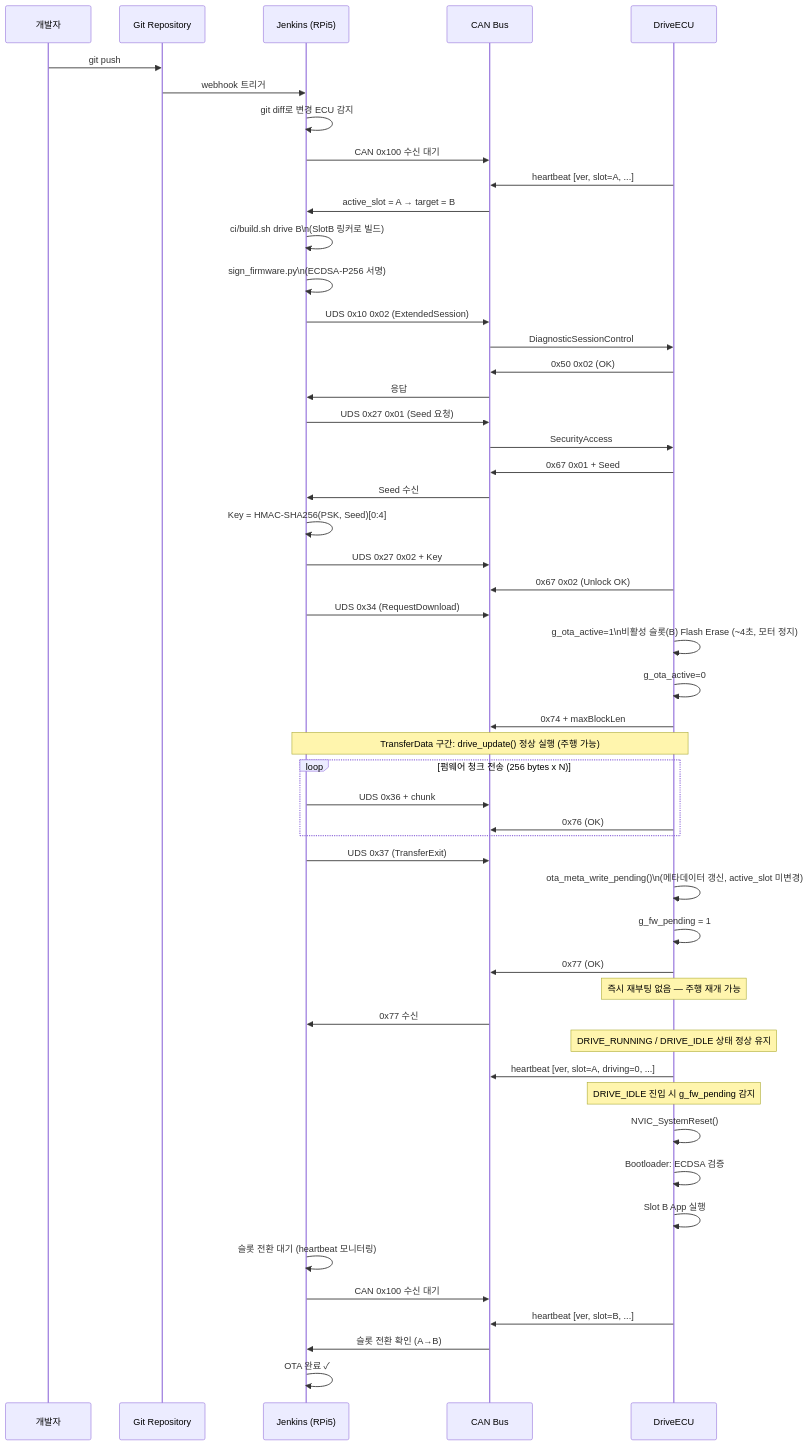
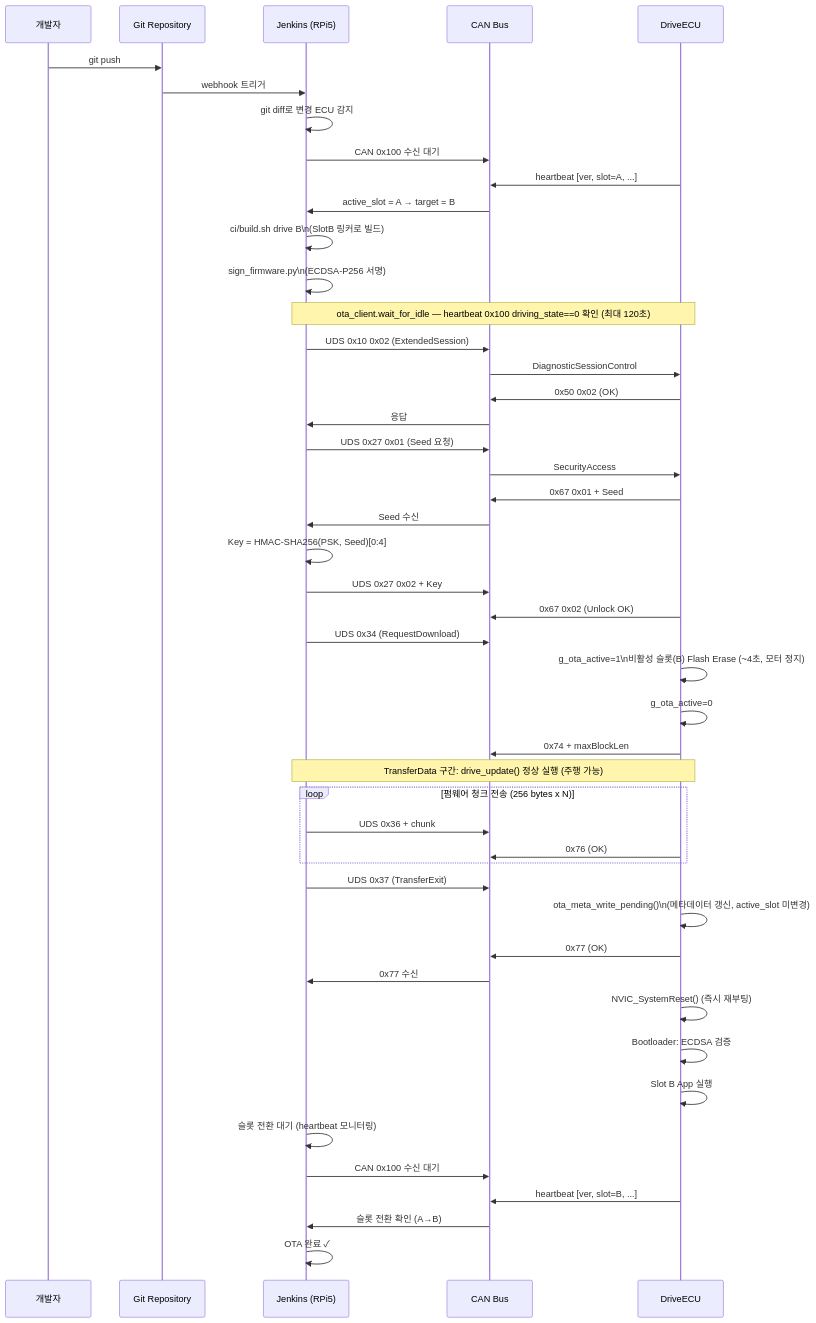
Before and after one commit to JaehyeongIm/automotive-secure-ota-ecu: the fourth of 8 diagrams in docs/design/diagram.md, drawn with Mermaid. The commit also changed other lines of this file and 4 other files, not shown here.

First line of the commit message:
docs: OTA 활성화 설계 정합화 — g_fw_pending(옵션 B) 제거, 옵션 C 반영

````diff
--- a/docs/design/diagram.md
+++ b/docs/design/diagram.md
@@ -141,65 +139,61 @@
 ```mermaid
 sequenceDiagram
     participant DEV as 개발자
     participant GIT as Git Repository
     participant JEN as Jenkins (RPi5)
     participant CAN as CAN Bus
     participant ECU as DriveECU
 
     DEV->>GIT: git push
     GIT->>JEN: webhook 트리거
 
     JEN->>JEN: git diff로 변경 ECU 감지
 
     JEN->>CAN: CAN 0x100 수신 대기
     ECU->>CAN: heartbeat [ver, slot=A, ...]
     CAN->>JEN: active_slot = A → target = B
 
     JEN->>JEN: ci/build.sh drive B\n(SlotB 링커로 빌드)
     JEN->>JEN: sign_firmware.py\n(ECDSA-P256 서명)
+
+    Note over JEN,ECU: ota_client.wait_for_idle — heartbeat 0x100 driving_state==0 확인 (최대 120초)
 
     JEN->>CAN: UDS 0x10 0x02 (ExtendedSession)
     CAN->>ECU: DiagnosticSessionControl
     ECU->>CAN: 0x50 0x02 (OK)
     CAN->>JEN: 응답
 
     JEN->>CAN: UDS 0x27 0x01 (Seed 요청)
     CAN->>ECU: SecurityAccess
     ECU->>CAN: 0x67 0x01 + Seed
     CAN->>JEN: Seed 수신
     JEN->>JEN: Key = HMAC-SHA256(PSK, Seed)[0:4]
     JEN->>CAN: UDS 0x27 0x02 + Key
     ECU->>CAN: 0x67 0x02 (Unlock OK)
 
     JEN->>CAN: UDS 0x34 (RequestDownload)
     ECU->>ECU: g_ota_active=1\n비활성 슬롯(B) Flash Erase (~4초, 모터 정지)
     ECU->>ECU: g_ota_active=0
     ECU->>CAN: 0x74 + maxBlockLen
 
     Note over ECU,JEN: TransferData 구간: drive_update() 정상 실행 (주행 가능)
     loop 펌웨어 청크 전송 (256 bytes x N)
         JEN->>CAN: UDS 0x36 + chunk
         ECU->>CAN: 0x76 (OK)
     end
 
     JEN->>CAN: UDS 0x37 (TransferExit)
     ECU->>ECU: ota_meta_write_pending()\n(메타데이터 갱신, active_slot 미변경)
-    ECU->>ECU: g_fw_pending = 1
     ECU->>CAN: 0x77 (OK)
-    Note over ECU: 즉시 재부팅 없음 — 주행 재개 가능
     CAN->>JEN: 0x77 수신
-
-    Note over ECU: DRIVE_RUNNING / DRIVE_IDLE 상태 정상 유지
-    ECU->>CAN: heartbeat [ver, slot=A, driving=0, ...]
-    Note over ECU: DRIVE_IDLE 진입 시 g_fw_pending 감지
-    ECU->>ECU: NVIC_SystemReset()
+    ECU->>ECU: NVIC_SystemReset() (즉시 재부팅)
 
     ECU->>ECU: Bootloader: ECDSA 검증
     ECU->>ECU: Slot B App 실행
 
     JEN->>JEN: 슬롯 전환 대기 (heartbeat 모니터링)
     JEN->>CAN: CAN 0x100 수신 대기
     ECU->>CAN: heartbeat [ver, slot=B, ...]
     CAN->>JEN: 슬롯 전환 확인 (A→B)
     JEN->>JEN: OTA 완료 ✓
 ```
````
